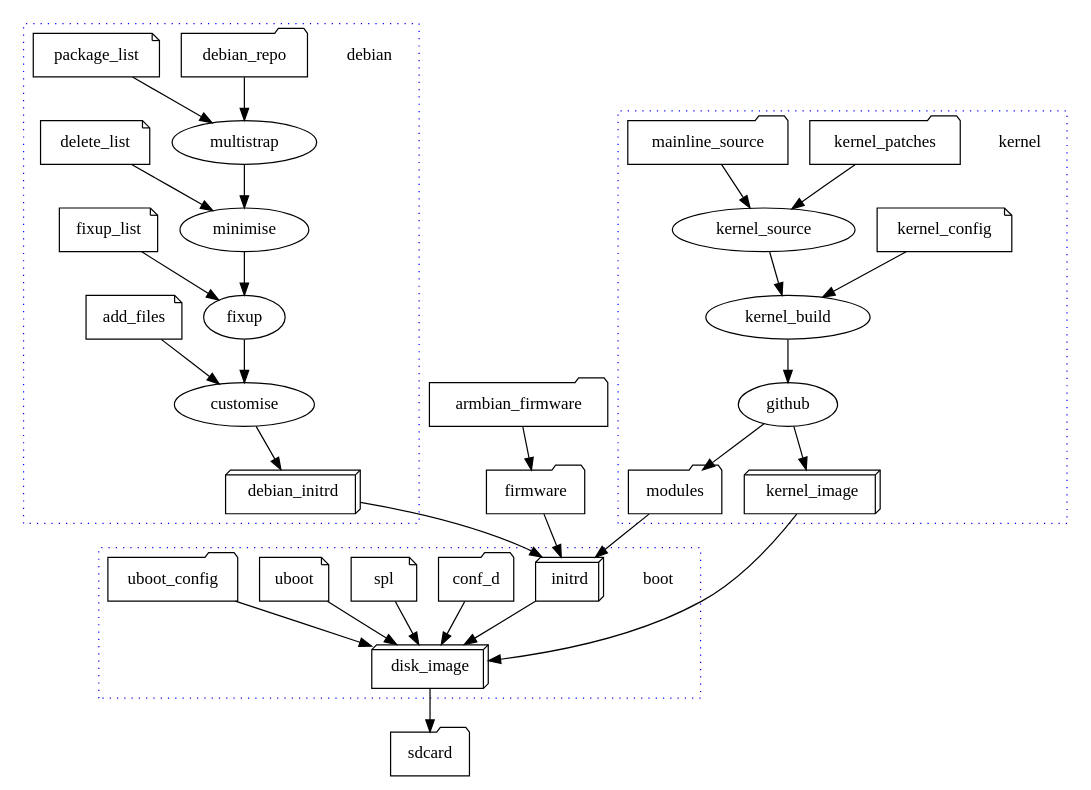
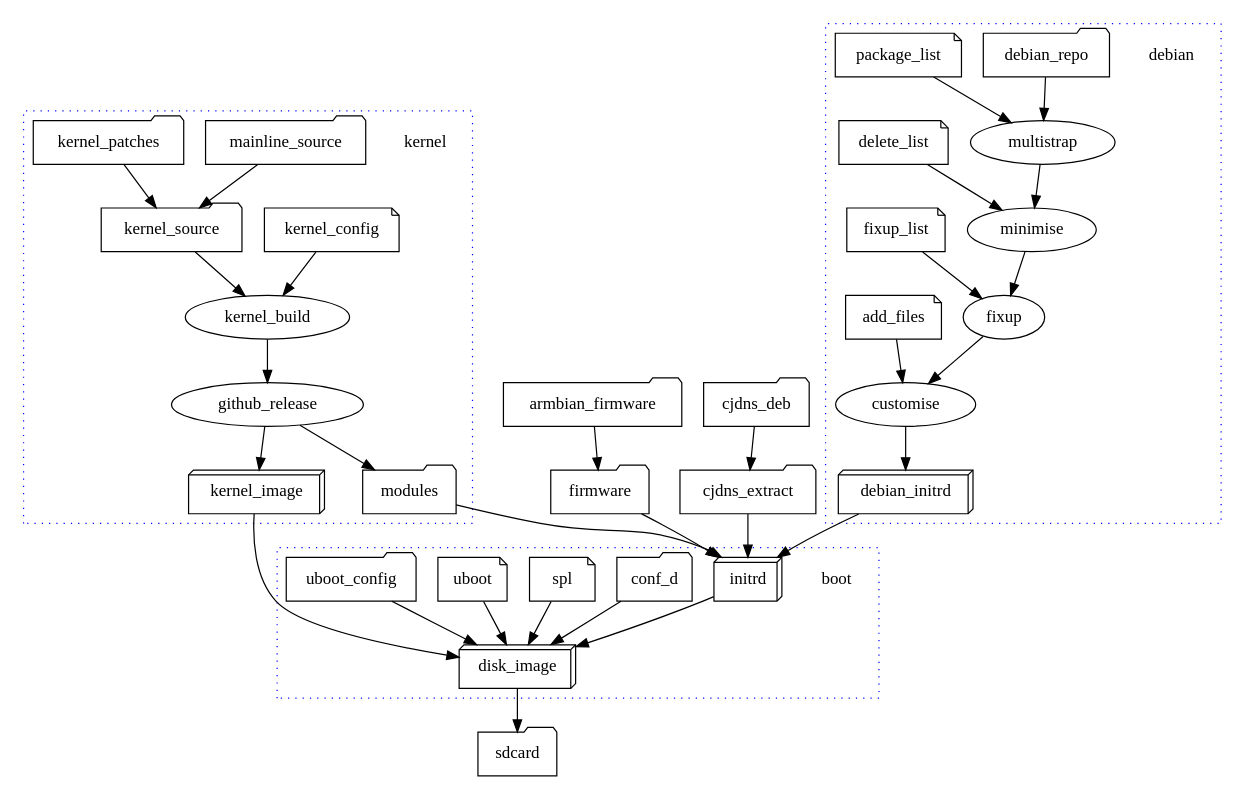
One commit to tomeshnet/mesh-orange changed the diagram in docs/build.dot. Above: the diagram before and after it, drawn with Graphviz.

Commit message:
Add cjdns to flow

```diff
--- a/docs/build.dot
+++ b/docs/build.dot
@@ -1,79 +1,85 @@
 #
 # Outline how the build process works
 #
 
 digraph g{
 
     subgraph cluster_debian {
         debian [shape=plaintext];
         graph[style=dotted];
         color=blue;
 
         debian_repo [shape=folder];
         package_list [shape=note];
         delete_list [shape=note];
         fixup_list [shape=note];
         add_files [shape=note];
         debian_initrd [shape=box3d];
 
         debian_repo -> multistrap -> minimise -> fixup -> customise;
 
         package_list -> multistrap;
         delete_list -> minimise;
         fixup_list -> fixup;
         add_files -> customise;
 
         customise -> debian_initrd;
     }
     
     subgraph cluster_kernel {
         kernel [shape=plaintext];
         graph[style=dotted];
         color=blue;
 
         kernel_config [shape=note];
         mainline_source [shape=folder];
         kernel_patches [shape=folder];
+        kernel_source [shape=folder];
         kernel_image [shape=box3d];
         modules [shape=folder];
 
         kernel_patches -> kernel_source;
         mainline_source -> kernel_source;
         kernel_source -> kernel_build;
         kernel_config -> kernel_build;
 
-        kernel_build -> github -> kernel_image;
-        github -> modules;
+        kernel_build -> github_release -> kernel_image;
+        github_release -> modules;
     }
 
     armbian_firmware [shape=folder];
     firmware [shape=folder];
     armbian_firmware -> firmware;
+
+    cjdns_deb [shape=folder];
+    cjdns_extract [shape=folder];
+    cjdns_deb -> cjdns_extract;
 
     subgraph cluster_boot {
         boot [shape=plaintext];
         graph[style=dotted];
         color=blue;
 
         initrd [shape=box3d];
         conf_d [shape=folder];
         spl [shape=note];
         uboot [shape=note];
         uboot_config [shape=folder];
 
         spl -> disk_image;
         uboot -> disk_image;
         uboot_config -> disk_image;
         initrd -> disk_image;
         conf_d -> disk_image;
     }
 
     firmware -> initrd;
     debian_initrd -> initrd;
     modules -> initrd;
+    cjdns_extract -> initrd;
     kernel_image -> disk_image;
 
     disk_image [shape=box3d];
     sdcard [shape=folder];
     disk_image -> sdcard;
 }
```
